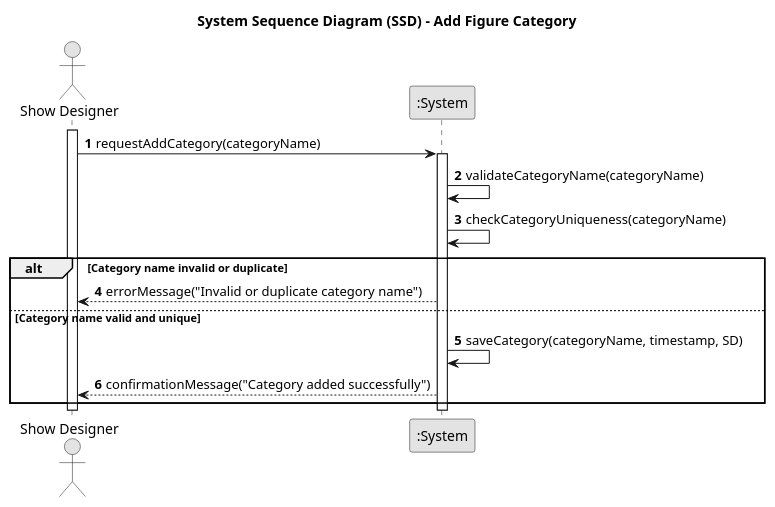
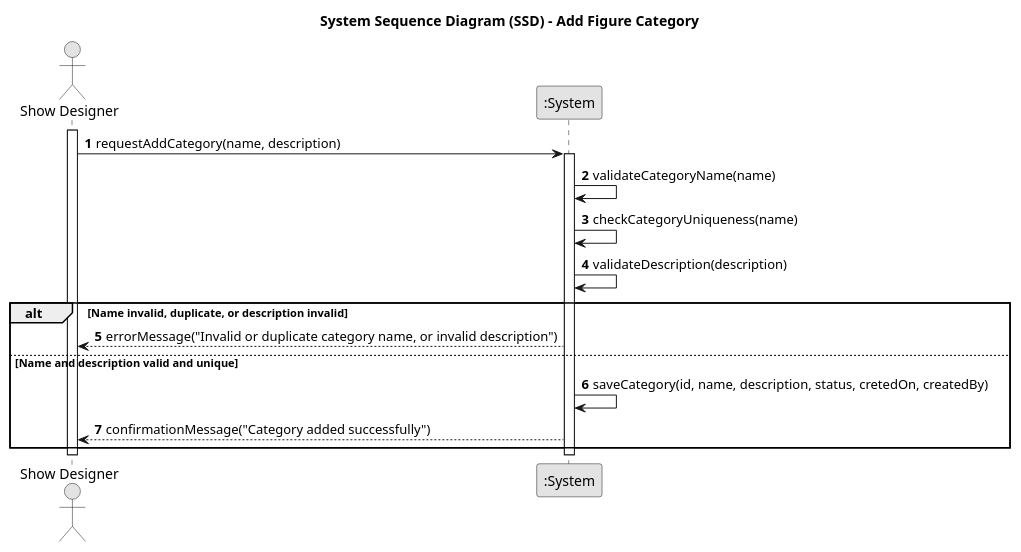
Before and after one commit to SAEmanuel/Shodrone_ISEP: the diagram in docs/planning/sprint2/EAPLI/US245 - Add figure category/01.requirements-engineering/puml/us245-system-sequence-diagram.puml, drawn with PlantUML. The commit also changed 2 other files, not shown here.

```diff
--- a/docs/planning/sprint2/EAPLI/US245 - Add figure category/01.requirements-engineering/puml/us245-system-sequence-diagram.puml
+++ b/docs/planning/sprint2/EAPLI/US245 - Add figure category/01.requirements-engineering/puml/us245-system-sequence-diagram.puml
@@ -1,30 +1,31 @@
 @startuml
 skinparam monochrome true
 skinparam packageStyle rectangle
 skinparam shadowing false
 
 title System Sequence Diagram (SSD) - Add Figure Category
 
 autonumber
 
 actor "Show Designer" as SD
 participant ":System" as System
 
 activate SD
 
-SD -> System: requestAddCategory(categoryName)
+SD -> System: requestAddCategory(name, description)
 activate System
 
-System -> System: validateCategoryName(categoryName)
-System -> System: checkCategoryUniqueness(categoryName)
-alt Category name invalid or duplicate
-    System --> SD: errorMessage("Invalid or duplicate category name")
-else Category name valid and unique
-    System -> System: saveCategory(categoryName, timestamp, SD)
+System -> System: validateCategoryName(name)
+System -> System: checkCategoryUniqueness(name)
+System -> System: validateDescription(description)
+alt Name invalid, duplicate, or description invalid
+    System --> SD: errorMessage("Invalid or duplicate category name, or invalid description")
+else Name and description valid and unique
+    System -> System: saveCategory(id, name, description, status, cretedOn, createdBy)
     System --> SD: confirmationMessage("Category added successfully")
 end
 
 deactivate System
 deactivate SD
 
 @enduml
```
